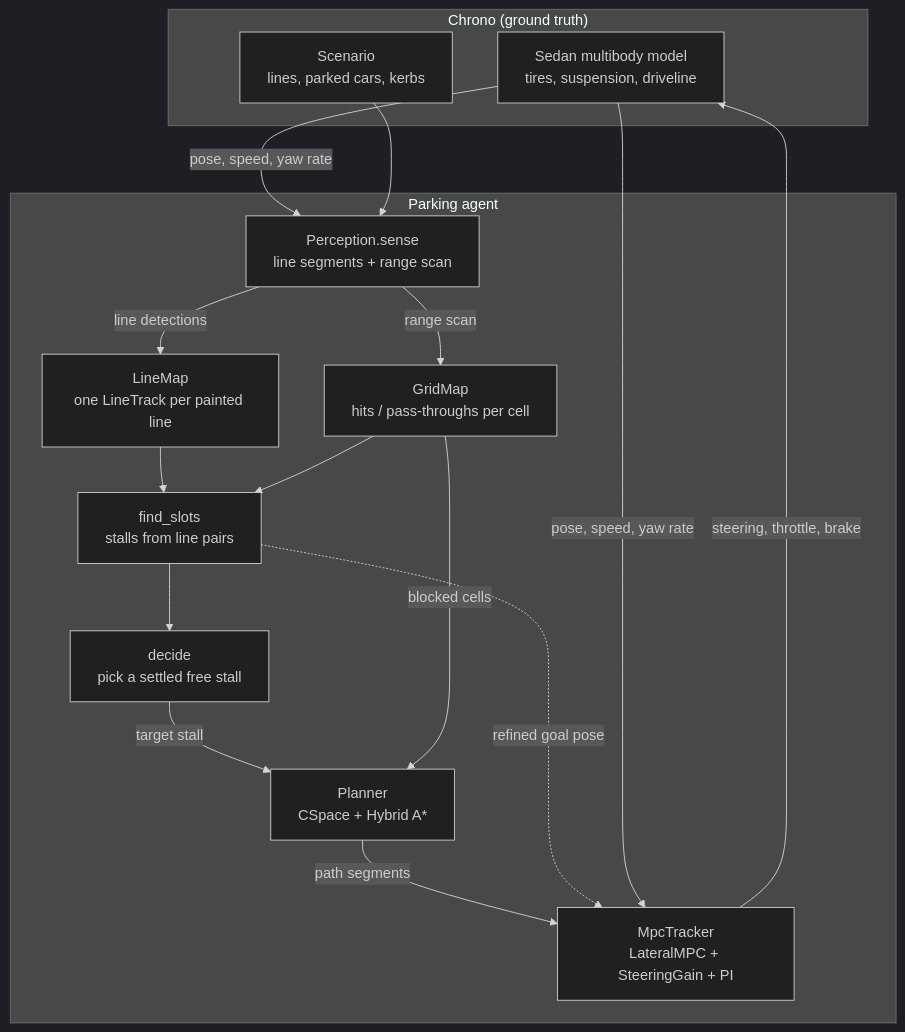
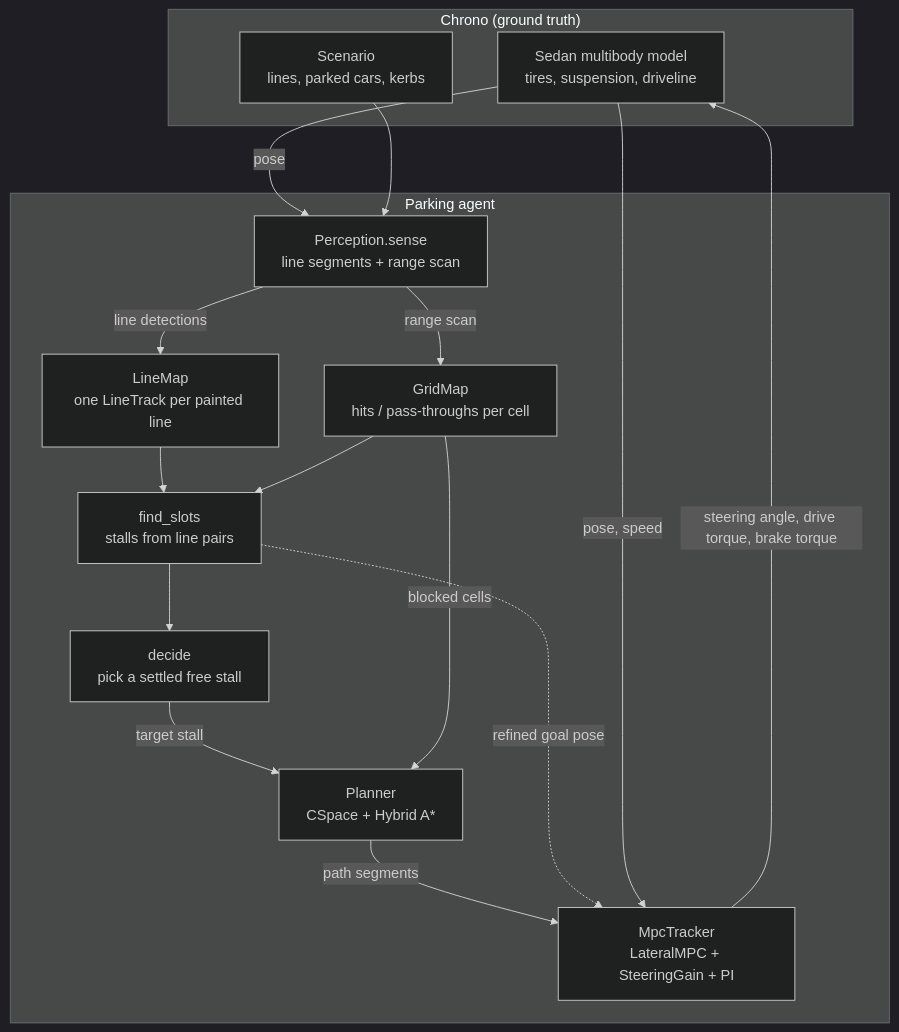
The first of 2 diagrams in docs/architecture.md (ksha23/chrono-parking), drawn with Mermaid (dark theme) before and after one commit. The commit also changed other lines of this file and 18 other files, not shown here.

````diff
--- a/docs/architecture.md
+++ b/docs/architecture.md
@@ -26,29 +26,29 @@
 ```mermaid
 flowchart TB
     subgraph Chrono["Chrono (ground truth)"]
         VEH["Sedan multibody model<br/>tires, suspension, driveline"]
         SCN["Scenario<br/>lines, parked cars, kerbs"]
     end
     subgraph Agent["Parking agent"]
         SENSE["Perception.sense<br/>line segments + range scan"]
         GRID["GridMap<br/>hits / pass-throughs per cell"]
         LINES["LineMap<br/>one LineTrack per painted line"]
         SLOTS["find_slots<br/>stalls from line pairs"]
         DEC["decide<br/>pick a settled free stall"]
         PLAN["Planner<br/>CSpace + Hybrid A*"]
         TRK["MpcTracker<br/>LateralMPC + SteeringGain + PI"]
     end
-    VEH -- "pose, speed, yaw rate" --> SENSE
+    VEH -- "pose" --> SENSE
     SCN --> SENSE
     SENSE -- "range scan" --> GRID
     SENSE -- "line detections" --> LINES
     LINES --> SLOTS
     GRID --> SLOTS
     SLOTS --> DEC
     DEC -- "target stall" --> PLAN
     GRID -- "blocked cells" --> PLAN
     PLAN -- "path segments" --> TRK
     SLOTS -. "refined goal pose" .-> TRK
-    VEH -- "pose, speed, yaw rate" --> TRK
-    TRK -- "steering, throttle, brake" --> VEH
+    VEH -- "pose, speed" --> TRK
+    TRK -- "steering angle, drive torque, brake torque" --> VEH
 ```
````
